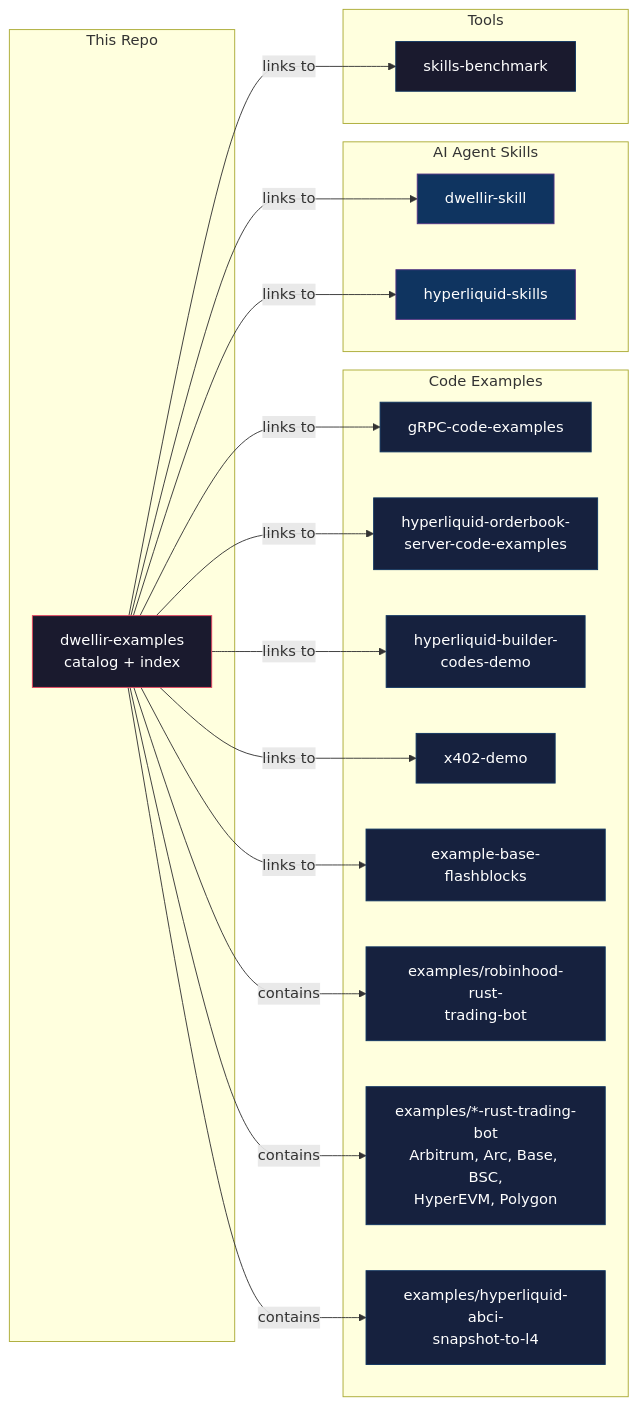
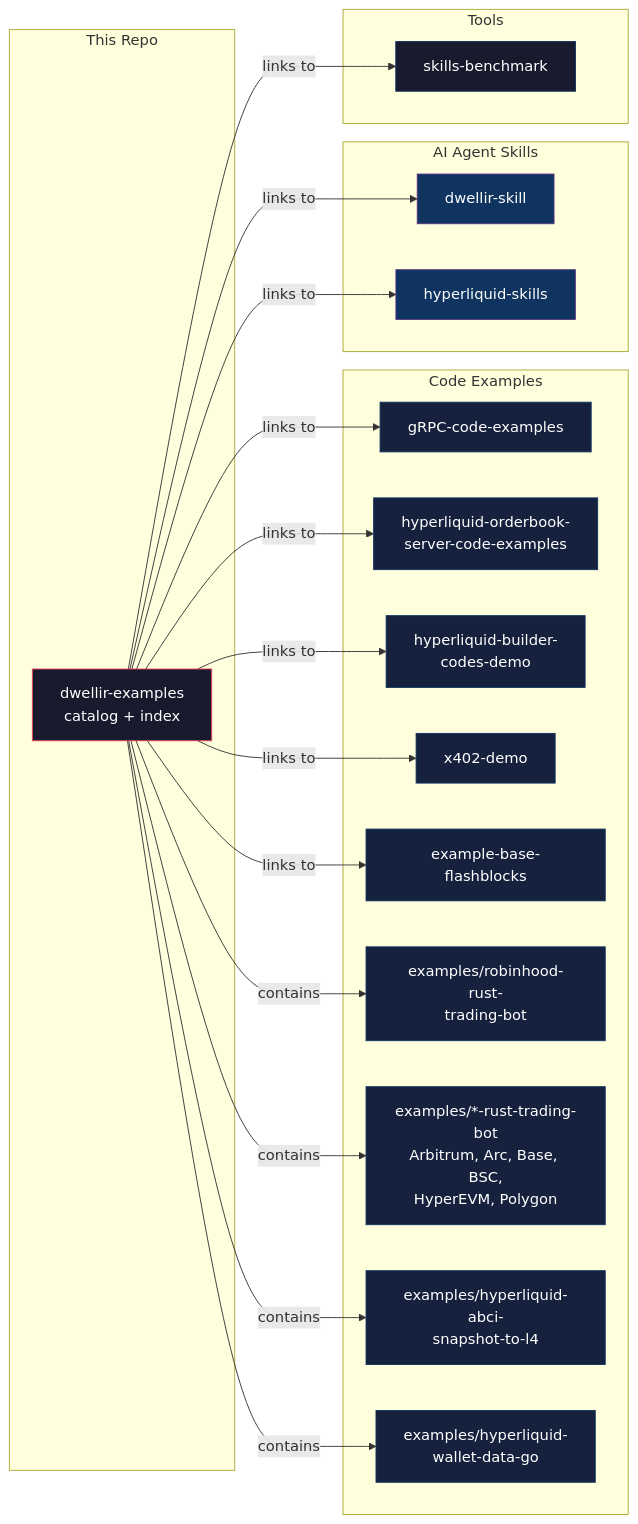
The diagram in README.md (dwellir-public/dwellir-examples), drawn with Mermaid before and after one commit. The commit also changed other lines of this file and 18 other files, not shown here.

First line of the commit message:
Add Hyperliquid wallet data examples in Go

````diff
--- a/README.md
+++ b/README.md
@@ -54,44 +55,46 @@
 ```mermaid
 graph LR
     subgraph This Repo
         CAT[dwellir-examples<br/>catalog + index]
     end
 
     subgraph Code Examples
         E1[gRPC-code-examples]
         E2[hyperliquid-orderbook-<br/>server-code-examples]
         E3[hyperliquid-builder-<br/>codes-demo]
         E4[x402-demo]
         E5[example-base-flashblocks]
         E6[examples/robinhood-rust-<br/>trading-bot]
         E7[examples/*-rust-trading-bot<br/>Arbitrum, Arc, Base, BSC,<br/>HyperEVM, Polygon]
         E8[examples/hyperliquid-abci-<br/>snapshot-to-l4]
+        E9[examples/hyperliquid-<br/>wallet-data-go]
     end
 
     subgraph AI Agent Skills
         S1[dwellir-skill]
         S2[hyperliquid-skills]
     end
 
     subgraph Tools
         T1[skills-benchmark]
     end
 
     CAT -->|links to| E1 & E2 & E3 & E4 & E5
-    CAT -->|contains| E6 & E7 & E8
+    CAT -->|contains| E6 & E7 & E8 & E9
     CAT -->|links to| S1 & S2
     CAT -->|links to| T1
 
     style CAT fill:#1a1a2e,stroke:#e94560,color:#fff
     style E1 fill:#16213e,stroke:#0f3460,color:#fff
     style E2 fill:#16213e,stroke:#0f3460,color:#fff
     style E3 fill:#16213e,stroke:#0f3460,color:#fff
     style E4 fill:#16213e,stroke:#0f3460,color:#fff
     style E5 fill:#16213e,stroke:#0f3460,color:#fff
     style E6 fill:#16213e,stroke:#0f3460,color:#fff
     style E7 fill:#16213e,stroke:#0f3460,color:#fff
     style E8 fill:#16213e,stroke:#0f3460,color:#fff
+    style E9 fill:#16213e,stroke:#0f3460,color:#fff
     style S1 fill:#0f3460,stroke:#533483,color:#fff
     style S2 fill:#0f3460,stroke:#533483,color:#fff
     style T1 fill:#1a1a2e,stroke:#0f3460,color:#fff
 ```
````
